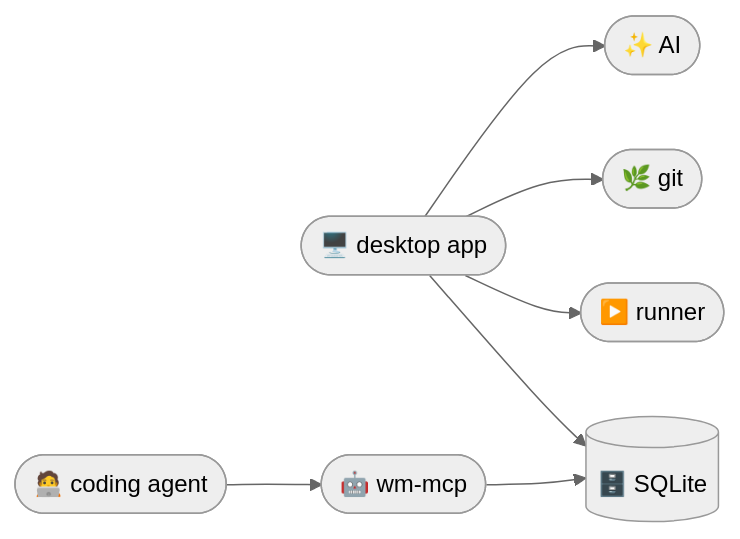
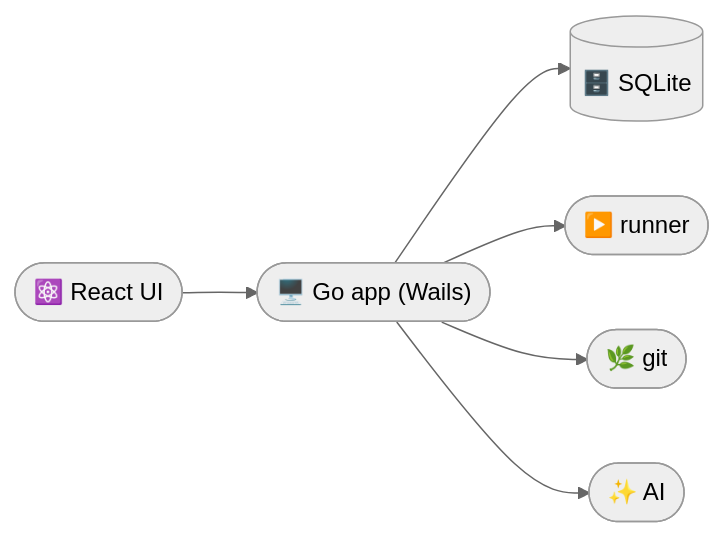
The diagram in README.md (aliharakeh/workspace-manager), drawn with Mermaid (neutral theme) before and after one commit. The commit also changed other lines of this file and 283 other files, not shown here.

First line of the commit message:
refactor: make this a Wails-only app at the repo root

````diff
--- a/README.md
+++ b/README.md
@@ -23,9 +23,8 @@
 ```mermaid
 flowchart LR
-    GUI(["🖥️ desktop app"]) --> DB[("🗄️ SQLite")]
-    MCP(["🤖 wm-mcp"]) --> DB
-    GUI --> R(["▶️ runner"])
-    GUI --> G(["🌿 git"])
-    GUI --> A(["✨ AI"])
-    AG(["🧑‍💻 coding agent"]) --> MCP
+    UI(["⚛️ React UI"]) --> GO(["🖥️ Go app (Wails)"])
+    GO --> DB[("🗄️ SQLite")]
+    GO --> R(["▶️ runner"])
+    GO --> G(["🌿 git"])
+    GO --> A(["✨ AI"])
 ```
````
